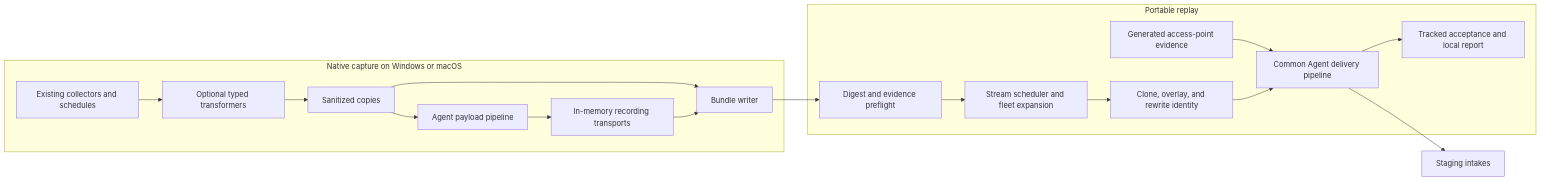
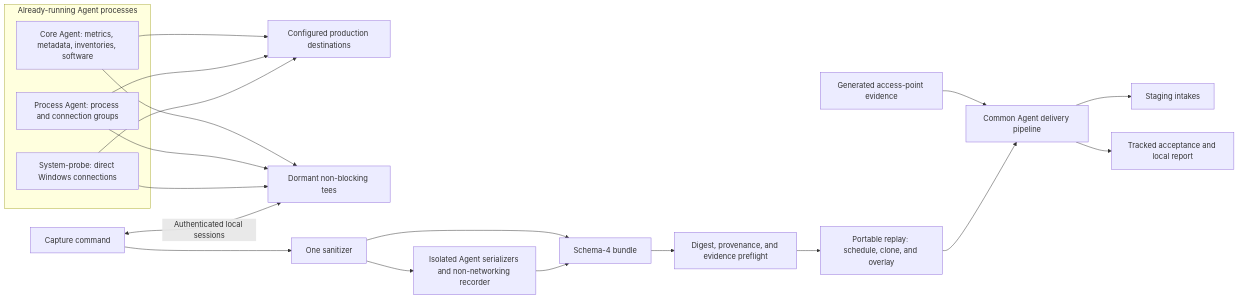
One commit to DataDog/datadog-agent changed the diagram in doc/architecture/eudm-simulator.md. Above: the diagram before and after it, drawn with Mermaid. The commit also changed other lines of this file and 520 other files, not shown here.

Commit message:
feat(eudm): capture live Agent telemetry for simulator replay

````diff
--- a/doc/architecture/eudm-simulator.md
+++ b/doc/architecture/eudm-simulator.md
@@ -61,20 +61,25 @@
 ```mermaid
 flowchart LR
-    subgraph Native[Native capture on Windows or macOS]
-        C[Existing collectors and schedules] --> T[Optional typed transformers]
-        T --> S[Sanitized copies]
-        S --> P[Agent payload pipeline]
-        P --> R[In-memory recording transports]
-        S --> B[Bundle writer]
-        R --> B
+    subgraph Running[Already-running Agent processes]
+        C[Core Agent: metrics, metadata, inventories, software]
+        P[Process Agent: process and connection groups]
+        N[System-probe: direct Windows connections]
     end
-    subgraph Portable[Portable replay]
-        B --> V[Digest and evidence preflight]
-        V --> E[Stream scheduler and fleet expansion]
-        E --> O[Clone, overlay, and rewrite identity]
-        AP[Generated access-point evidence] --> D[Common Agent delivery pipeline]
-        O --> D
-        D --> F[Tracked acceptance and local report]
-    end
-    D --> I[Staging intakes]
+    C --> D[Configured production destinations]
+    P --> D
+    N --> D
+    C --> T[Dormant non-blocking tees]
+    P --> T
+    N --> T
+    A[Capture command] <-->|Authenticated local sessions| T
+    A --> S[One sanitizer]
+    S --> W[Isolated Agent serializers and non-networking recorder]
+    S --> B[Schema-4 bundle]
+    W --> B
+    B --> V[Digest, provenance, and evidence preflight]
+    V --> E[Portable replay: schedule, clone, and overlay]
+    AP[Generated access-point evidence] --> R[Common Agent delivery pipeline]
+    E --> R
+    R --> I[Staging intakes]
+    R --> F[Tracked acceptance and local report]
 ```
````
